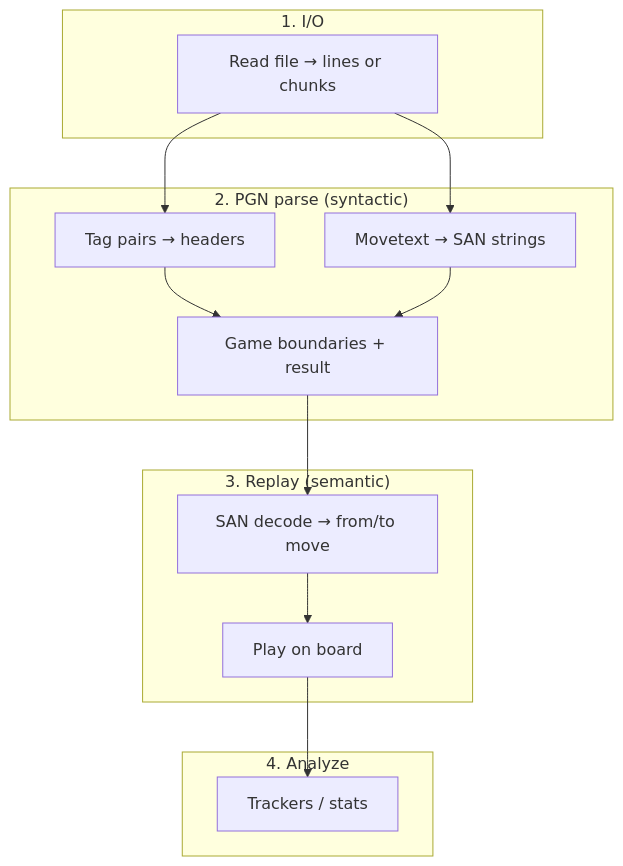
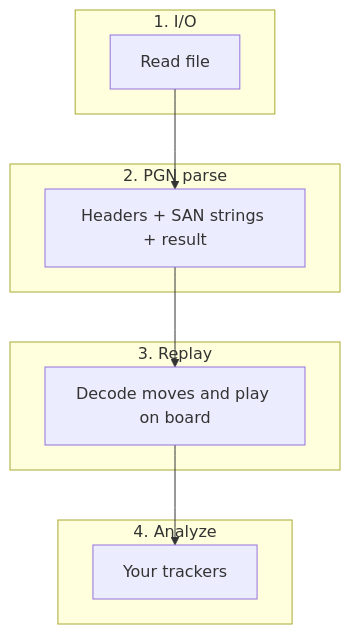
One commit to yschroe/chessalyzer.js changed the diagram in README.md. Above: the diagram before and after it, drawn with Mermaid. The commit also changed other lines of this file and 40 other files, not shown here.

````diff
--- a/README.md
+++ b/README.md
@@ -69,23 +77,16 @@
 ```mermaid
 flowchart TB
     subgraph io ["1. I/O"]
-        A[Read file → lines or chunks]
+        A[Read file]
     end
-    subgraph pgn ["2. PGN parse (syntactic)"]
-        B[Tag pairs → headers]
-        C[Movetext → SAN strings]
-        D[Game boundaries + result]
+    subgraph pgn ["2. PGN parse"]
+        B[Headers + SAN strings + result]
     end
-    subgraph replay ["3. Replay (semantic)"]
-        E[SAN decode → from/to move]
-        F[Play on board]
+    subgraph replay ["3. Replay"]
+        E[Decode moves and play on board]
     end
     subgraph analyze ["4. Analyze"]
-        G[Trackers / stats]
+        G[Your trackers]
     end
-    A --> B
-    A --> C
-    B --> D
-    C --> D
-    D --> E --> F --> G
+    A --> B --> E --> G
 ```
````
